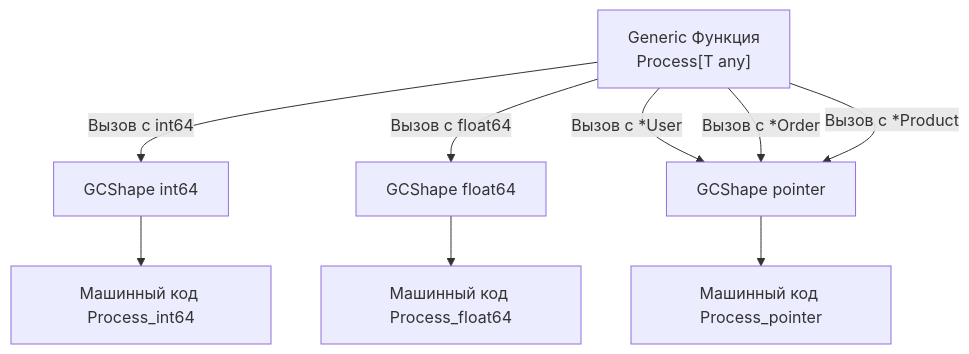
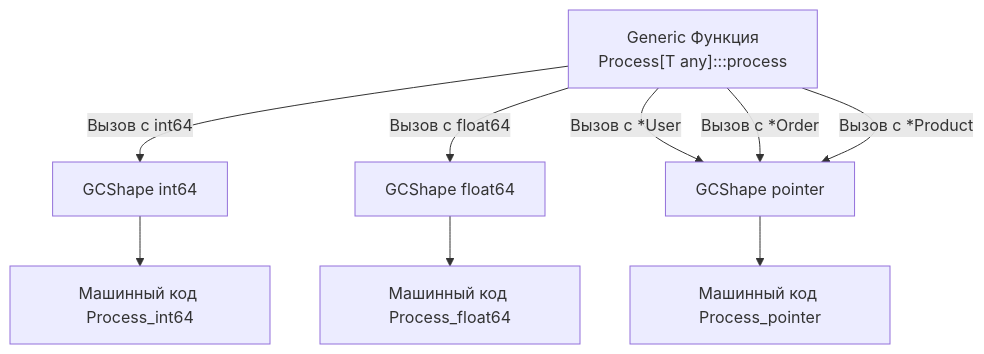
Before and after one commit to UnrealTemplier/go-textbook: the diagram in sources/5. Учебник по Go (Основы и синтаксис)/33. Дженерики под капотом и ограничения текущей реализации.md, drawn with Mermaid. The commit also changed 1666 other files, not shown here.

First line of the commit message:
feat(mermaid): add semantic color classDef to 1369 colorless flowchart/graph diagrams

````diff
--- a/sources/5. Учебник по Go (Основы и синтаксис)/33. Дженерики под капотом и ограничения текущей реализации.md
+++ b/sources/5. Учебник по Go (Основы и синтаксис)/33. Дженерики под капотом и ограничения текущей реализации.md
@@ -45,12 +45,22 @@
 ```mermaid
 flowchart TD
-    A["Generic Функция<br/>Process[T any]"] -->|"Вызов с int64"| B["GCShape int64"]
+    classDef process  fill:#1e293b,stroke:#38bdf8,stroke-width:1px,color:#f8fafc
+    classDef success  fill:#064e3b,stroke:#34d399,stroke-width:1px,color:#f8fafc
+    classDef error    fill:#7f1d1d,stroke:#f87171,stroke-width:1px,color:#f8fafc
+    classDef warning  fill:#78350f,stroke:#fbbf24,stroke-width:1px,color:#f8fafc
+    classDef entry    fill:#1e3a5f,stroke:#38bdf8,stroke-width:2px,color:#f8fafc
+    classDef aux      fill:#334155,stroke:#64748b,stroke-width:1px,color:#f8fafc
+    classDef system   fill:#312e81,stroke:#a78bfa,stroke-width:1px,color:#f8fafc
+    classDef data     fill:#132d29,stroke:#2dd4bf,stroke-width:1px,color:#f8fafc
+    classDef network  fill:#881337,stroke:#fb7185,stroke-width:1px,color:#f8fafc
+    classDef accent   fill:#1e1b4b,stroke:#818cf8,stroke-width:1px,color:#f8fafc
+    A["Generic Функция<br/>Process[T any]:::process"] -->|"Вызов с int64"| B["GCShape int64"]
     A -->|"Вызов с float64"| C["GCShape float64"]
     A -->|"Вызов с *User"| D["GCShape pointer"]
     A -->|"Вызов с *Order"| D
     A -->|"Вызов с *Product"| D
     
     B --> E["Машинный код Process_int64"]
     C --> F["Машинный код Process_float64"]
     D --> G["Машинный код Process_pointer"]
 ```
````
